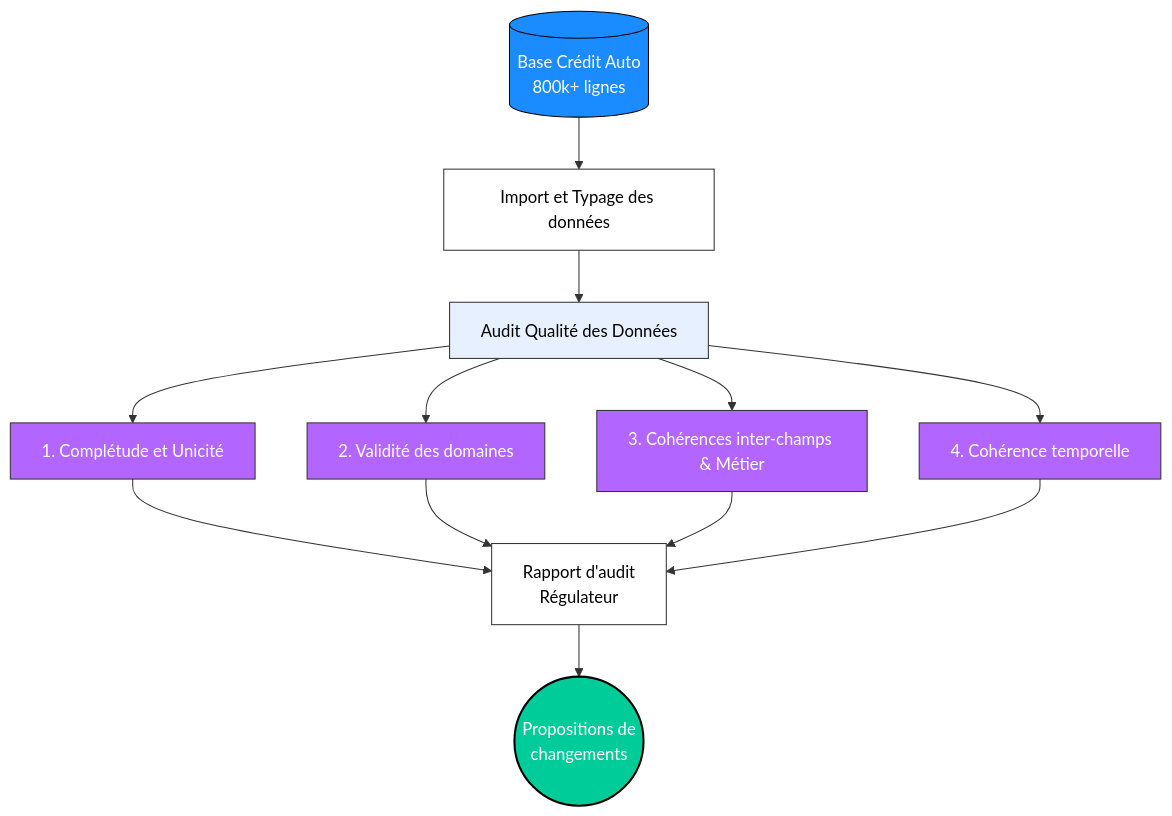
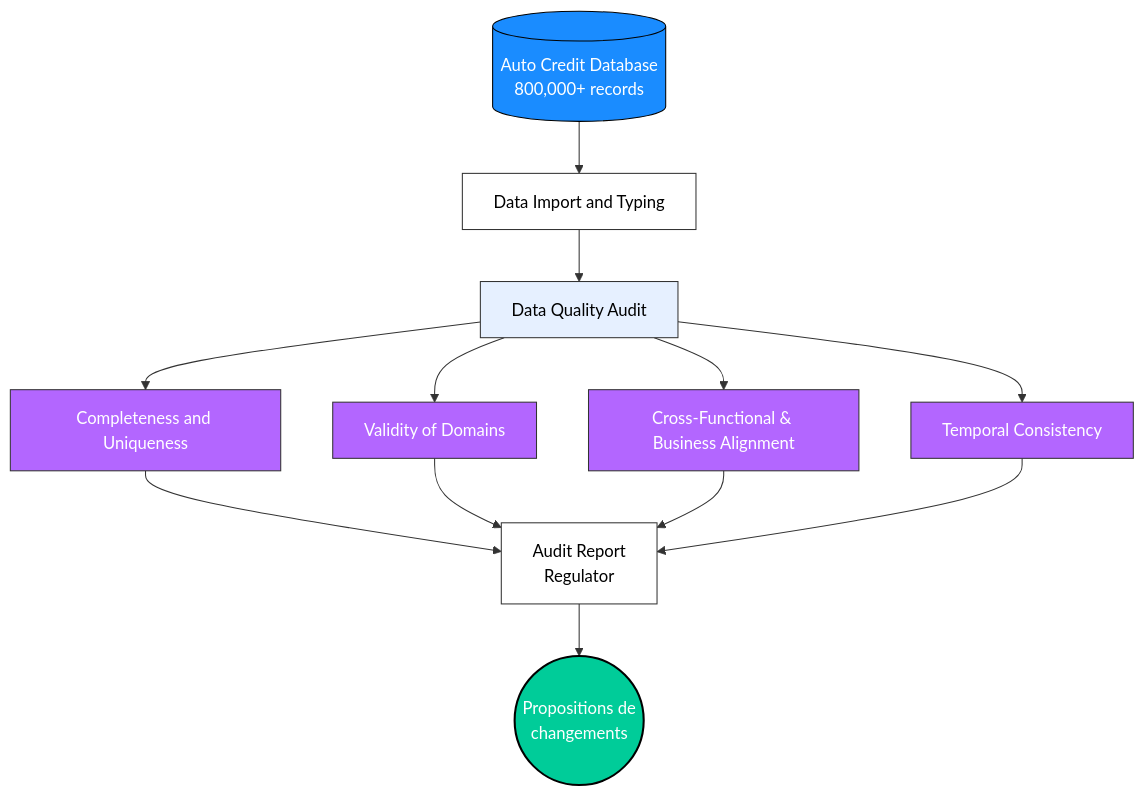
One commit to EnzoL987/Credit_Auto_Data_Quality_Audit_Econ changed the diagram in README.md. Above: the diagram before and after it, drawn with Mermaid.

Commit message:
Translate French terms to English in README

````diff
--- a/README.md
+++ b/README.md
@@ -18,29 +18,29 @@
 ```mermaid 
 graph TD
     %% Source
-    A[(Base Crédit Auto<br/>800k+ lignes)]:::blue --> B[Import et Typage des données]:::white
+    A[(Auto Credit Database <br/> 800,000+ records)]:::blue --> B[Data Import and Typing]:::white
 
     %% Audit des 6 dimensions
-    B --> C[Audit Qualité des Données]:::light
+    B --> C[Data Quality Audit]:::light
     
-    C --> D[1. Complétude et Unicité]:::purple
-    C --> E[2. Validité des domaines]:::purple
-    C --> F[3. Cohérences inter-champs & Métier]:::purple
-    C --> G[4. Cohérence temporelle]:::purple
+    C --> D[Completeness and Uniqueness]:::purple
+    C --> E[Validity of Domains]:::purple
+    C --> F[Cross-Functional & Business Alignment]:::purple
+    C --> G[Temporal Consistency]:::purple
 
     %% Rapport
-    D --> H[Rapport d'audit<br/>Régulateur]:::white
+    D --> H[Audit Report<br/>Regulator]:::white
     E --> H
     F --> H
     G --> H
 
-    %% Livrable final / Recommandations
+    %% Final Deliverable / Recommendations
     H --> I((Propositions de<br/>changements)):::green
 
     %% Styles
     classDef blue fill:#1a8cff,stroke:#000,stroke-width:1px,color:#fff;
     classDef white fill:#ffffff,stroke:#333,stroke-width:1px,color:#000;
     classDef light fill:#e6f0ff,stroke:#333,stroke-width:1px,color:#000;
     classDef purple fill:#b366ff,stroke:#333,stroke-width:1px,color:#fff;
     classDef green fill:#00cc99,stroke:#000,stroke-width:2px,color:#fff;
 ```
````
